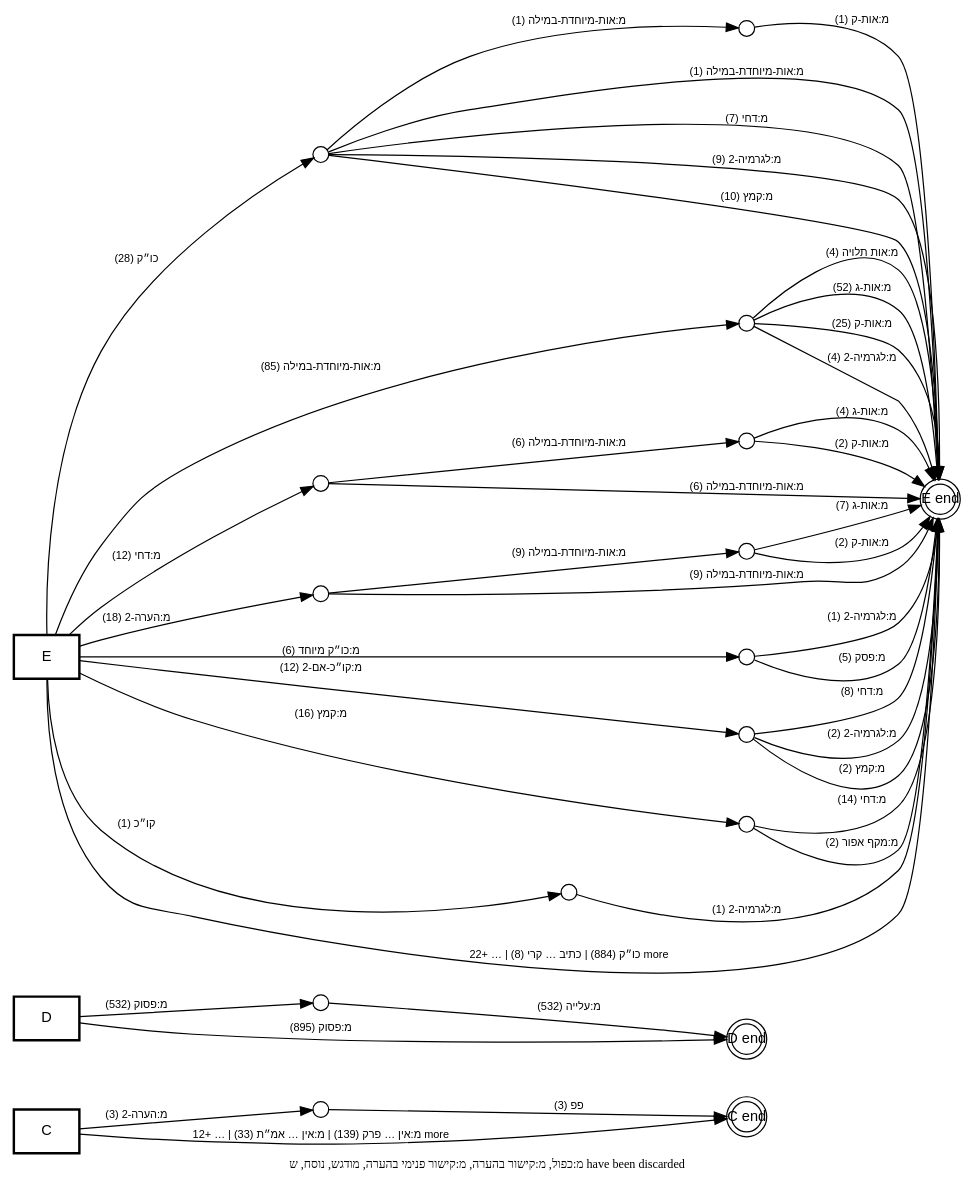
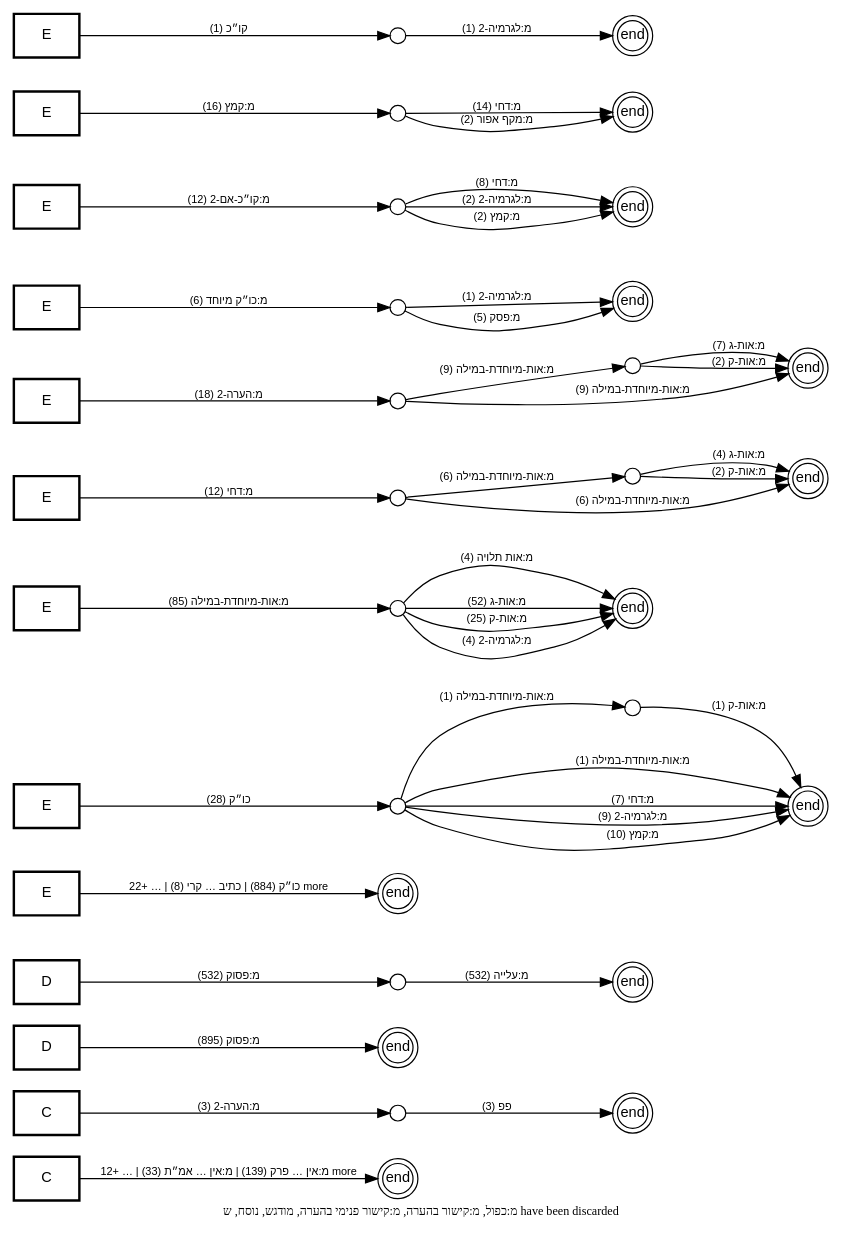
Before and after one commit to bdenckla/MAM-basics: the diagram in out/tmpl-survey-plus/plus-call-graph-templates-as-edges.dot, drawn with Graphviz. The commit also changed 2 other files, not shown here.

Commit message:
more changes to "edge mode" display

```diff
--- a/out/tmpl-survey-plus/plus-call-graph-templates-as-edges.dot
+++ b/out/tmpl-survey-plus/plus-call-graph-templates-as-edges.dot
@@ -1,82 +1,102 @@
 // This file was generated by MAM-basics/py/main_tmpl_survey.py.
 // Do not edit by hand.
 digraph template_call_graph_templates_as_edges {
     rankdir=LR;
     node [fontname="SBL Hebrew,Helvetica", fontsize=12];
     edge [fontname="SBL Hebrew,Helvetica", fontsize=9];
     graph [comment="This file was generated by MAM-basics/py/main_tmpl_survey.py."];
 
     // Stack start nodes
     node [shape=box, style=bold];
-    "C";
-    "D";
-    "E";
+    "C::start" [label="C", tooltip="Stack start for C (one-hop aggregate)"];
+    "C::start::מ:הערה-2" [label="C", tooltip="Stack start for C/מ:הערה-2"];
+    "D::start" [label="D", tooltip="Stack start for D (one-hop aggregate)"];
+    "D::start::מ:פסוק" [label="D", tooltip="Stack start for D/מ:פסוק"];
+    "E::start" [label="E", tooltip="Stack start for E (one-hop aggregate)"];
+    "E::start::כו״ק" [label="E", tooltip="Stack start for E/כו״ק"];
+    "E::start::מ:אות-מיוחדת-במילה" [label="E", tooltip="Stack start for E/מ:אות-מיוחדת-במילה"];
+    "E::start::מ:דחי" [label="E", tooltip="Stack start for E/מ:דחי"];
+    "E::start::מ:הערה-2" [label="E", tooltip="Stack start for E/מ:הערה-2"];
+    "E::start::מ:כו״ק מיוחד" [label="E", tooltip="Stack start for E/מ:כו״ק מיוחד"];
+    "E::start::מ:קו״כ-אם-2" [label="E", tooltip="Stack start for E/מ:קו״כ-אם-2"];
+    "E::start::מ:קמץ" [label="E", tooltip="Stack start for E/מ:קמץ"];
+    "E::start::קו״כ" [label="E", tooltip="Stack start for E/קו״כ"];
 
     // Internal stack-state nodes
     node [shape=circle, style="", width=0.18, height=0.18, fixedsize=true];
     "C::stack::מ:הערה-2" [label="", tooltip="C/מ:הערה-2"];
     "D::stack::מ:פסוק" [label="", tooltip="D/מ:פסוק"];
     "E::stack::כו״ק" [label="", tooltip="E/כו״ק"];
     "E::stack::כו״ק/מ:אות-מיוחדת-במילה" [label="", tooltip="E/כו״ק/מ:אות-מיוחדת-במילה"];
     "E::stack::מ:אות-מיוחדת-במילה" [label="", tooltip="E/מ:אות-מיוחדת-במילה"];
     "E::stack::מ:דחי" [label="", tooltip="E/מ:דחי"];
     "E::stack::מ:דחי/מ:אות-מיוחדת-במילה" [label="", tooltip="E/מ:דחי/מ:אות-מיוחדת-במילה"];
     "E::stack::מ:הערה-2" [label="", tooltip="E/מ:הערה-2"];
     "E::stack::מ:הערה-2/מ:אות-מיוחדת-במילה" [label="", tooltip="E/מ:הערה-2/מ:אות-מיוחדת-במילה"];
     "E::stack::מ:כו״ק מיוחד" [label="", tooltip="E/מ:כו״ק מיוחד"];
     "E::stack::מ:קו״כ-אם-2" [label="", tooltip="E/מ:קו״כ-אם-2"];
     "E::stack::מ:קמץ" [label="", tooltip="E/מ:קמץ"];
     "E::stack::קו״כ" [label="", tooltip="E/קו״כ"];
 
     // Stack-end nodes
     node [shape=doublecircle, style="", width=0.35, height=0.35, fixedsize=true];
-    "C::stack-end" [label="C end", tooltip="Stack end for C"];
-    "D::stack-end" [label="D end", tooltip="Stack end for D"];
-    "E::stack-end" [label="E end", tooltip="Stack end for E"];
+    "C::stack-end" [label="end", tooltip="Stack end for C"];
+    "C::stack-end::מ:הערה-2" [label="end", tooltip="Stack end for C/מ:הערה-2"];
+    "D::stack-end" [label="end", tooltip="Stack end for D"];
+    "D::stack-end::מ:פסוק" [label="end", tooltip="Stack end for D/מ:פסוק"];
+    "E::stack-end" [label="end", tooltip="Stack end for E"];
+    "E::stack-end::כו״ק" [label="end", tooltip="Stack end for E/כו״ק"];
+    "E::stack-end::מ:אות-מיוחדת-במילה" [label="end", tooltip="Stack end for E/מ:אות-מיוחדת-במילה"];
+    "E::stack-end::מ:דחי" [label="end", tooltip="Stack end for E/מ:דחי"];
+    "E::stack-end::מ:הערה-2" [label="end", tooltip="Stack end for E/מ:הערה-2"];
+    "E::stack-end::מ:כו״ק מיוחד" [label="end", tooltip="Stack end for E/מ:כו״ק מיוחד"];
+    "E::stack-end::מ:קו״כ-אם-2" [label="end", tooltip="Stack end for E/מ:קו״כ-אם-2"];
+    "E::stack-end::מ:קמץ" [label="end", tooltip="Stack end for E/מ:קמץ"];
+    "E::stack-end::קו״כ" [label="end", tooltip="Stack end for E/קו״כ"];
 
     // Note
     graph [label="מ:כפול, מ:קישור בהערה, מ:קישור פנימי בהערה, מודגש, נוסח, ש have been discarded", labelloc=b, fontsize=10];
 
     // Edge-labeled templates
-    "C" -> "C::stack::מ:הערה-2" [label="מ:הערה-2 (3)"];
-    "C::stack::מ:הערה-2" -> "C::stack-end" [label="פפ (3)"];
-    "D" -> "D::stack::מ:פסוק" [label="מ:פסוק (532)"];
-    "D::stack::מ:פסוק" -> "D::stack-end" [label="מ:עלייה (532)"];
-    "E" -> "E::stack::כו״ק" [label="כו״ק (28)"];
-    "E" -> "E::stack::מ:אות-מיוחדת-במילה" [label="מ:אות-מיוחדת-במילה (85)"];
-    "E" -> "E::stack::מ:דחי" [label="מ:דחי (12)"];
-    "E" -> "E::stack::מ:הערה-2" [label="מ:הערה-2 (18)"];
-    "E" -> "E::stack::מ:כו״ק מיוחד" [label="מ:כו״ק מיוחד (6)"];
-    "E" -> "E::stack::מ:קו״כ-אם-2" [label="מ:קו״כ-אם-2 (12)"];
-    "E" -> "E::stack::מ:קמץ" [label="מ:קמץ (16)"];
-    "E" -> "E::stack::קו״כ" [label="קו״כ (1)"];
-    "E::stack::כו״ק" -> "E::stack-end" [label="מ:אות-מיוחדת-במילה (1)"];
-    "E::stack::כו״ק" -> "E::stack-end" [label="מ:דחי (7)"];
-    "E::stack::כו״ק" -> "E::stack-end" [label="מ:לגרמיה-2 (9)"];
-    "E::stack::כו״ק" -> "E::stack-end" [label="מ:קמץ (10)"];
+    "C::stack::מ:הערה-2" -> "C::stack-end::מ:הערה-2" [label="פפ (3)"];
+    "C::start::מ:הערה-2" -> "C::stack::מ:הערה-2" [label="מ:הערה-2 (3)"];
+    "D::stack::מ:פסוק" -> "D::stack-end::מ:פסוק" [label="מ:עלייה (532)"];
+    "D::start::מ:פסוק" -> "D::stack::מ:פסוק" [label="מ:פסוק (532)"];
+    "E::stack::כו״ק" -> "E::stack-end::כו״ק" [label="מ:אות-מיוחדת-במילה (1)"];
+    "E::stack::כו״ק" -> "E::stack-end::כו״ק" [label="מ:דחי (7)"];
+    "E::stack::כו״ק" -> "E::stack-end::כו״ק" [label="מ:לגרמיה-2 (9)"];
+    "E::stack::כו״ק" -> "E::stack-end::כו״ק" [label="מ:קמץ (10)"];
     "E::stack::כו״ק" -> "E::stack::כו״ק/מ:אות-מיוחדת-במילה" [label="מ:אות-מיוחדת-במילה (1)"];
-    "E::stack::כו״ק/מ:אות-מיוחדת-במילה" -> "E::stack-end" [label="מ:אות-ק (1)"];
-    "E::stack::מ:אות-מיוחדת-במילה" -> "E::stack-end" [label="מ:אות תלויה (4)"];
-    "E::stack::מ:אות-מיוחדת-במילה" -> "E::stack-end" [label="מ:אות-ג (52)"];
-    "E::stack::מ:אות-מיוחדת-במילה" -> "E::stack-end" [label="מ:אות-ק (25)"];
-    "E::stack::מ:אות-מיוחדת-במילה" -> "E::stack-end" [label="מ:לגרמיה-2 (4)"];
-    "E::stack::מ:דחי" -> "E::stack-end" [label="מ:אות-מיוחדת-במילה (6)"];
+    "E::stack::כו״ק/מ:אות-מיוחדת-במילה" -> "E::stack-end::כו״ק" [label="מ:אות-ק (1)"];
+    "E::stack::מ:אות-מיוחדת-במילה" -> "E::stack-end::מ:אות-מיוחדת-במילה" [label="מ:אות תלויה (4)"];
+    "E::stack::מ:אות-מיוחדת-במילה" -> "E::stack-end::מ:אות-מיוחדת-במילה" [label="מ:אות-ג (52)"];
+    "E::stack::מ:אות-מיוחדת-במילה" -> "E::stack-end::מ:אות-מיוחדת-במילה" [label="מ:אות-ק (25)"];
+    "E::stack::מ:אות-מיוחדת-במילה" -> "E::stack-end::מ:אות-מיוחדת-במילה" [label="מ:לגרמיה-2 (4)"];
+    "E::stack::מ:דחי" -> "E::stack-end::מ:דחי" [label="מ:אות-מיוחדת-במילה (6)"];
     "E::stack::מ:דחי" -> "E::stack::מ:דחי/מ:אות-מיוחדת-במילה" [label="מ:אות-מיוחדת-במילה (6)"];
-    "E::stack::מ:דחי/מ:אות-מיוחדת-במילה" -> "E::stack-end" [label="מ:אות-ג (4)"];
-    "E::stack::מ:דחי/מ:אות-מיוחדת-במילה" -> "E::stack-end" [label="מ:אות-ק (2)"];
-    "E::stack::מ:הערה-2" -> "E::stack-end" [label="מ:אות-מיוחדת-במילה (9)"];
+    "E::stack::מ:דחי/מ:אות-מיוחדת-במילה" -> "E::stack-end::מ:דחי" [label="מ:אות-ג (4)"];
+    "E::stack::מ:דחי/מ:אות-מיוחדת-במילה" -> "E::stack-end::מ:דחי" [label="מ:אות-ק (2)"];
+    "E::stack::מ:הערה-2" -> "E::stack-end::מ:הערה-2" [label="מ:אות-מיוחדת-במילה (9)"];
     "E::stack::מ:הערה-2" -> "E::stack::מ:הערה-2/מ:אות-מיוחדת-במילה" [label="מ:אות-מיוחדת-במילה (9)"];
-    "E::stack::מ:הערה-2/מ:אות-מיוחדת-במילה" -> "E::stack-end" [label="מ:אות-ג (7)"];
-    "E::stack::מ:הערה-2/מ:אות-מיוחדת-במילה" -> "E::stack-end" [label="מ:אות-ק (2)"];
-    "E::stack::מ:כו״ק מיוחד" -> "E::stack-end" [label="מ:לגרמיה-2 (1)"];
-    "E::stack::מ:כו״ק מיוחד" -> "E::stack-end" [label="מ:פסק (5)"];
-    "E::stack::מ:קו״כ-אם-2" -> "E::stack-end" [label="מ:דחי (8)"];
-    "E::stack::מ:קו״כ-אם-2" -> "E::stack-end" [label="מ:לגרמיה-2 (2)"];
-    "E::stack::מ:קו״כ-אם-2" -> "E::stack-end" [label="מ:קמץ (2)"];
-    "E::stack::מ:קמץ" -> "E::stack-end" [label="מ:דחי (14)"];
-    "E::stack::מ:קמץ" -> "E::stack-end" [label="מ:מקף אפור (2)"];
-    "E::stack::קו״כ" -> "E::stack-end" [label="מ:לגרמיה-2 (1)"];
-    "C" -> "C::stack-end" [label="מ:אין … פרק (139) | מ:אין … אמ״ת (33) | … +12 more", tooltip="מ:אין פרשה בתחילת פרק (139) | מ:אין פרשה בתחילת פרק בספרי אמ״ת (33) | מ:אין רווח של פרשה בתחילת פרשת השבוע (1) | מ:הערה-2 (4) | מ:ספר חדש (24) | מ:רווח בתרי עשר בפסוק הראשון (12) | מ:רווח לספר בתהלים בפסוק הראשון (5) | מ:ששש (100) | סס (1513) | ססס (324) | פפ (1541) | פפפ (3) | ר1 (2) | ר4 (4269)"];
-    "D" -> "D::stack-end" [label="מ:פסוק (895)"];
-    "E" -> "E::stack-end" [label="כו״ק (884) | כתיב … קרי (8) | … +22 more", tooltip="כו״ק (884) | כתיב ולא קרי (8) | מ:אות-מיוחדת-במילה (79) | מ:דחי (2287) | מ:הערה-2 (27) | מ:כו״ק מיוחד (37) | מ:לגרמיה-2 (1811) | מ:מקף אפור (114) | מ:נו״ן הפוכה (9) | מ:פסק (515) | מ:צינור (56) | מ:קו״כ-אם-2 (148) | מ:קמץ (363) | מ:ששש (228) | סס (53) | ססס (106) | פפ (11) | פפפ (15) | קו״כ (126) | קרי ולא כתיב (9) | ר0 (536) | ר1 (4618) | ר2 (568) | ר3 (170)"];
+    "E::stack::מ:הערה-2/מ:אות-מיוחדת-במילה" -> "E::stack-end::מ:הערה-2" [label="מ:אות-ג (7)"];
+    "E::stack::מ:הערה-2/מ:אות-מיוחדת-במילה" -> "E::stack-end::מ:הערה-2" [label="מ:אות-ק (2)"];
+    "E::stack::מ:כו״ק מיוחד" -> "E::stack-end::מ:כו״ק מיוחד" [label="מ:לגרמיה-2 (1)"];
+    "E::stack::מ:כו״ק מיוחד" -> "E::stack-end::מ:כו״ק מיוחד" [label="מ:פסק (5)"];
+    "E::stack::מ:קו״כ-אם-2" -> "E::stack-end::מ:קו״כ-אם-2" [label="מ:דחי (8)"];
+    "E::stack::מ:קו״כ-אם-2" -> "E::stack-end::מ:קו״כ-אם-2" [label="מ:לגרמיה-2 (2)"];
+    "E::stack::מ:קו״כ-אם-2" -> "E::stack-end::מ:קו״כ-אם-2" [label="מ:קמץ (2)"];
+    "E::stack::מ:קמץ" -> "E::stack-end::מ:קמץ" [label="מ:דחי (14)"];
+    "E::stack::מ:קמץ" -> "E::stack-end::מ:קמץ" [label="מ:מקף אפור (2)"];
+    "E::stack::קו״כ" -> "E::stack-end::קו״כ" [label="מ:לגרמיה-2 (1)"];
+    "E::start::כו״ק" -> "E::stack::כו״ק" [label="כו״ק (28)"];
+    "E::start::מ:אות-מיוחדת-במילה" -> "E::stack::מ:אות-מיוחדת-במילה" [label="מ:אות-מיוחדת-במילה (85)"];
+    "E::start::מ:דחי" -> "E::stack::מ:דחי" [label="מ:דחי (12)"];
+    "E::start::מ:הערה-2" -> "E::stack::מ:הערה-2" [label="מ:הערה-2 (18)"];
+    "E::start::מ:כו״ק מיוחד" -> "E::stack::מ:כו״ק מיוחד" [label="מ:כו״ק מיוחד (6)"];
+    "E::start::מ:קו״כ-אם-2" -> "E::stack::מ:קו״כ-אם-2" [label="מ:קו״כ-אם-2 (12)"];
+    "E::start::מ:קמץ" -> "E::stack::מ:קמץ" [label="מ:קמץ (16)"];
+    "E::start::קו״כ" -> "E::stack::קו״כ" [label="קו״כ (1)"];
+    "C::start" -> "C::stack-end" [label="מ:אין … פרק (139) | מ:אין … אמ״ת (33) | … +12 more", tooltip="מ:אין פרשה בתחילת פרק (139) | מ:אין פרשה בתחילת פרק בספרי אמ״ת (33) | מ:אין רווח של פרשה בתחילת פרשת השבוע (1) | מ:הערה-2 (4) | מ:ספר חדש (24) | מ:רווח בתרי עשר בפסוק הראשון (12) | מ:רווח לספר בתהלים בפסוק הראשון (5) | מ:ששש (100) | סס (1513) | ססס (324) | פפ (1541) | פפפ (3) | ר1 (2) | ר4 (4269)"];
+    "D::start" -> "D::stack-end" [label="מ:פסוק (895)"];
+    "E::start" -> "E::stack-end" [label="כו״ק (884) | כתיב … קרי (8) | … +22 more", tooltip="כו״ק (884) | כתיב ולא קרי (8) | מ:אות-מיוחדת-במילה (79) | מ:דחי (2287) | מ:הערה-2 (27) | מ:כו״ק מיוחד (37) | מ:לגרמיה-2 (1811) | מ:מקף אפור (114) | מ:נו״ן הפוכה (9) | מ:פסק (515) | מ:צינור (56) | מ:קו״כ-אם-2 (148) | מ:קמץ (363) | מ:ששש (228) | סס (53) | ססס (106) | פפ (11) | פפפ (15) | קו״כ (126) | קרי ולא כתיב (9) | ר0 (536) | ר1 (4618) | ר2 (568) | ר3 (170)"];
 }
```
